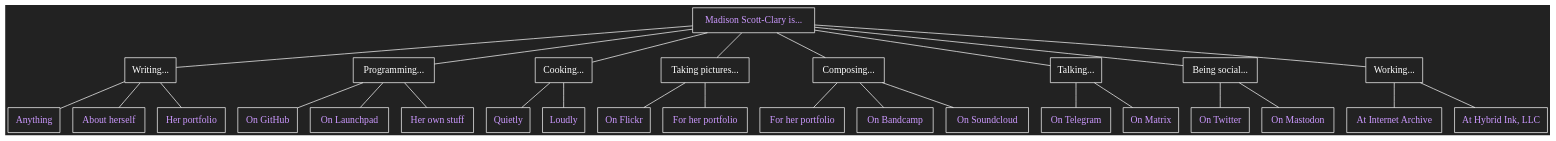
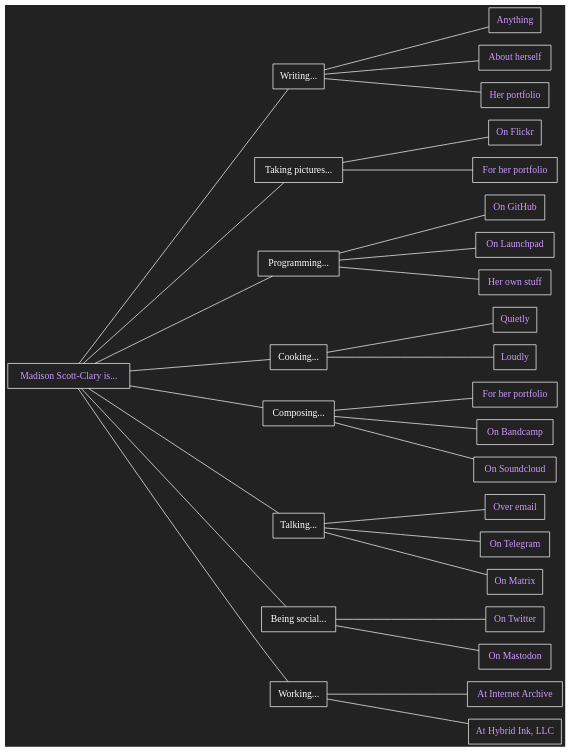
The diagram in is.dot (makyo/makyo.is), drawn with Graphviz before and after one commit. The commit also changed 2 other files, not shown here.

```diff
--- a/is.dot
+++ b/is.dot
@@ -1,69 +1,71 @@
 graph is {
     node[shape="box",style="filled",fillcolor="#222222",fontcolor="#ffffff",color="#ffffff",fontname="Helvetica bold"]
-    edge[len=2.2,color="#ffffff"]
-    graph[bgcolor="#222222",label="",margin="0"]
+    edge[color="#ffffff"]
+    graph[bgcolor="#222222",label="",margin="0",rankdir="LR",ranksep=2.5]
 
     copula [label="Madison Scott-Clary is...",fontcolor="#cc99ff",href="https://drab-makyo.com"]
 
     writing [label="Writing..."]
     writing_anything [label="Anything",fontcolor="#cc99ff",href="https://writing.drab-makyo.com"]
     writing_ally [label="About herself",fontcolor="#cc99ff",href="https://ally.id"]
     writing_portfolio [label="Her portfolio",fontcolor="#cc99ff",href="https://makyo.ink"]
     copula -- writing
     writing -- writing_anything
     writing -- writing_ally
     writing -- writing_portfolio
+
+    photography [label="Taking pictures..."]
+    photography_flickr [label="On Flickr",fontcolor="#cc99ff",href="https://flickr.com/photos/ranna"]
+    photography_portfolio [label="For her portfolio",fontcolor="#cc99ff",href="https://makyo.photography"]
+    copula -- photography
+    photography -- photography_portfolio
+    photography -- photography_flickr
 
     programming [label="Programming..."]
     programming_github [label="On GitHub",fontcolor="#cc99ff",href="https://github.com/makyo"]
     programming_launchpad [label="On Launchpad",fontcolor="#cc99ff",href="https://launchpad.net/~makyo"]
     programming_personal [label="Her own stuff",fontcolor="#cc99ff",href="https://makyo.dev"]
     copula -- programming
     programming -- programming_github
     programming -- programming_launchpad
     programming -- programming_personal
 
     cooking [label="Cooking..."]
     cooking_quietly [label="Quietly",fontcolor="#cc99ff",href="https://makyo.cooking"]
     cooking_loudly [label="Loudly",fontcolor="#cc99ff",href="https://mealtime.with.maddypa.ws"]
     copula -- cooking
     cooking -- cooking_quietly
     cooking -- cooking_loudly
 
-    photography [label="Taking pictures..."]
-    photography_flickr [label="On Flickr",fontcolor="#cc99ff",href="https://flickr.com/photos/ranna"]
-    photography_portfolio [label="For her portfolio",fontcolor="#cc99ff",href="https://makyo.photography"]
-    copula -- photography
-    photography -- photography_portfolio
-    photography -- photography_flickr
-
     composing [label="Composing..."]
     composing_portfolio [label="For her portfolio",fontcolor="#cc99ff",href="https://sounds.drab-makyo.com"]
     composing_bandcamp [label="On Bandcamp",fontcolor="#cc99ff",href="https://drab-makyo.bandcamp.com"]
     composing_soundcloud [label="On Soundcloud",fontcolor="#cc99ff",href="https://soundcloud.com/drabmakyo"]
     copula -- composing
     composing -- composing_portfolio
     composing -- composing_bandcamp
     composing -- composing_soundcloud
 
     talking [label="Talking..."]
+    talking_email [label="Over email",fontcolor="#cc99ff",href="mailto:makyo@drab-makyo.com"]
     talking_telegram [label="On Telegram",fontcolor="#cc99ff",href="https://t.me/DrabMakyo"]
     talking_matrix [label="On Matrix",fontcolor="#cc99ff",href="https://matrix.to/#/@makyo:drab-makyo.com"]
     copula -- talking
+    talking -- talking_email
     talking -- talking_telegram
     talking -- talking_matrix
 
     social [label="Being social..."]
     social_twitter [label="On Twitter",fontcolor="#cc99ff",href="https://twitter.com/drab_makyo"]
     social_mastodon [label="On Mastodon",fontcolor="#cc99ff",href="https://snouts.online/@makyo"]
     copula -- social
     social -- social_twitter
     social -- social_mastodon
 
     working [label="Working..."]
     working_current [label="At Internet Archive",fontcolor="#cc99ff",href="https://archive.org"]
     working_hybrid [label="At Hybrid Ink, LLC",fontcolor="#cc99ff",href="https://hybrid.ink"]
     copula -- working
     working -- working_current
     working -- working_hybrid
 }
```
